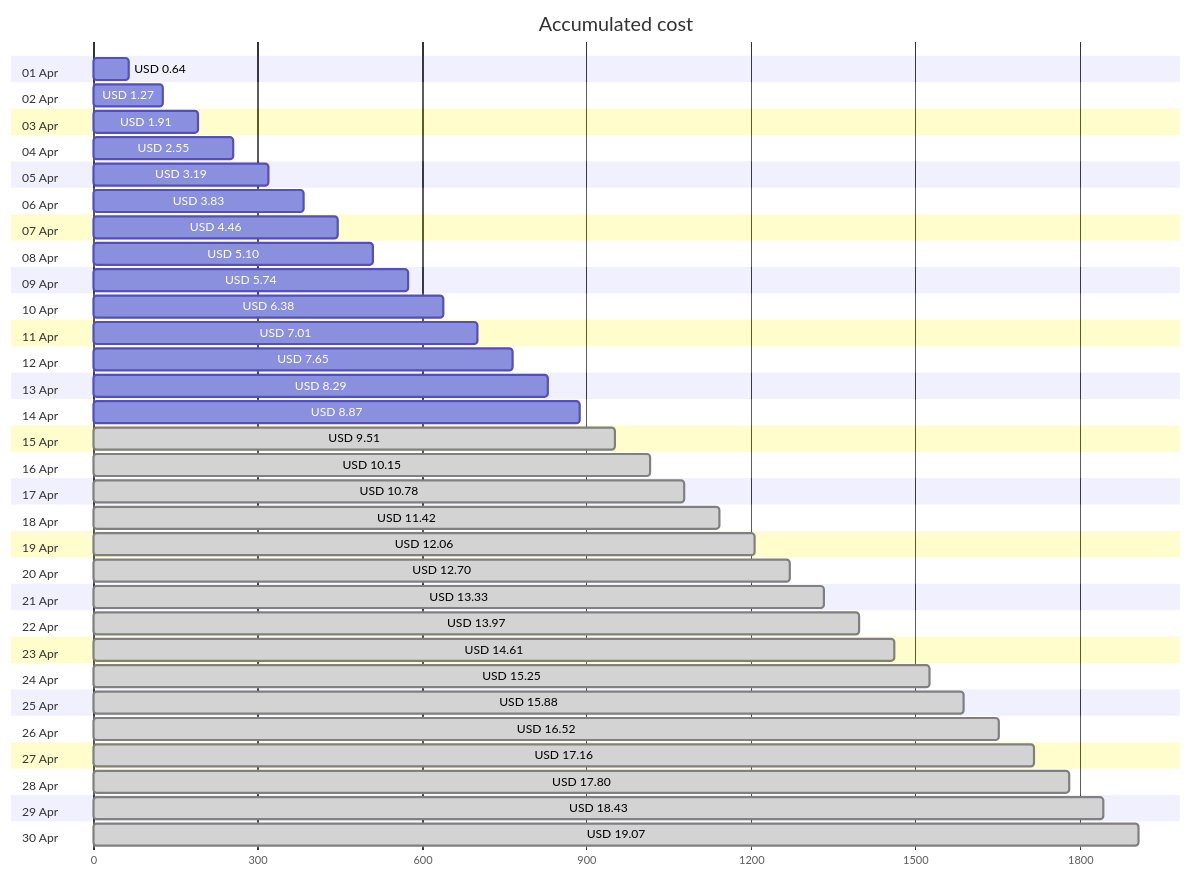
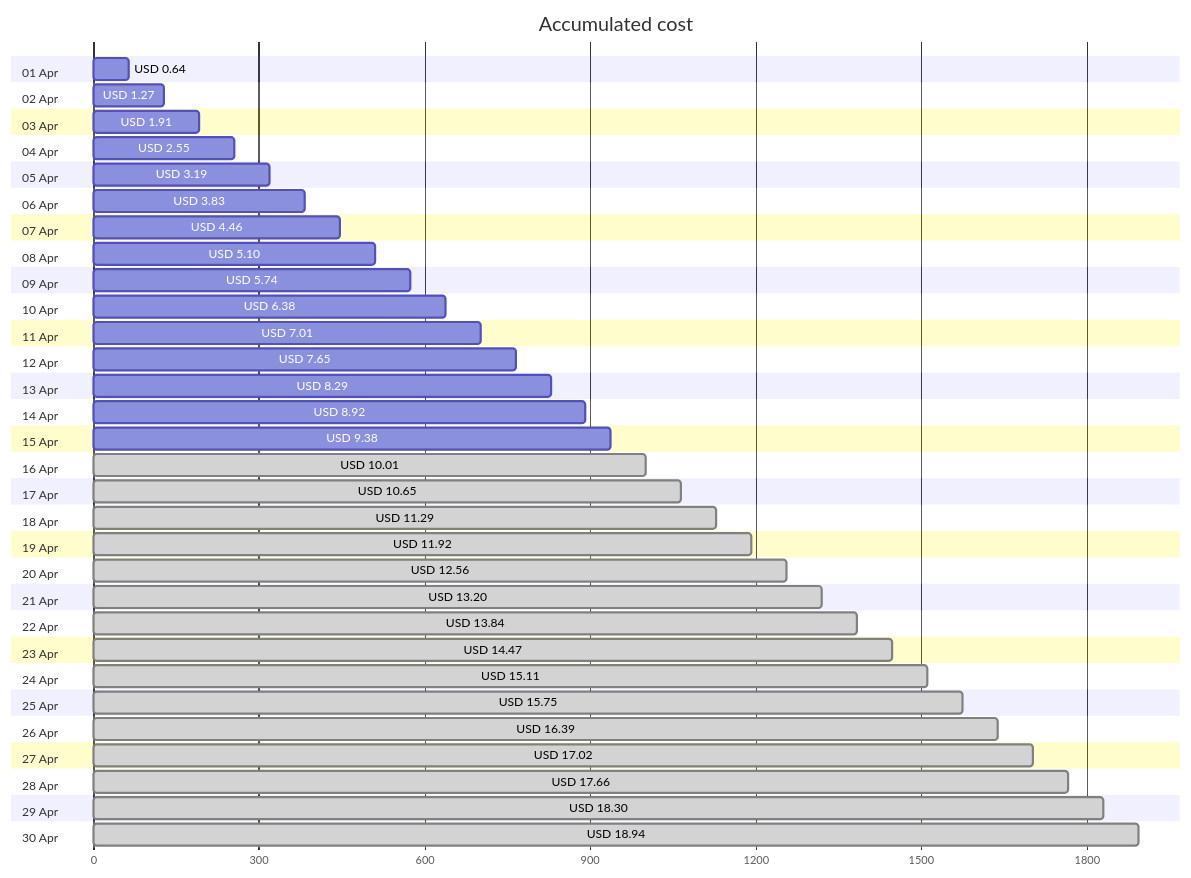
One commit to jpfulton/azure-personal-reports changed the first of 4 diagrams in cost-reports/accumulated-cost.md. Above: the diagram before and after it, drawn with Mermaid. The commit also changed other lines of this file and 4 other files, not shown here.

````diff
--- a/cost-reports/accumulated-cost.md
+++ b/cost-reports/accumulated-cost.md
@@ -20,66 +20,66 @@
 ```mermaid
 gantt
    title Accumulated cost
    dateFormat  X
    axisFormat %s
    section 01 Apr
    USD 0.64 :0, 64
    section 02 Apr
    USD 1.27 :0, 127
    section 03 Apr
    USD 1.91 :0, 191
    section 04 Apr
    USD 2.55 :0, 255
    section 05 Apr
    USD 3.19 :0, 319
    section 06 Apr
    USD 3.83 :0, 383
    section 07 Apr
    USD 4.46 :0, 446
    section 08 Apr
    USD 5.10 :0, 510
    section 09 Apr
    USD 5.74 :0, 574
    section 10 Apr
    USD 6.38 :0, 638
    section 11 Apr
    USD 7.01 :0, 701
    section 12 Apr
    USD 7.65 :0, 765
    section 13 Apr
    USD 8.29 :0, 829
    section 14 Apr
-   USD 8.87 :0, 887
+   USD 8.92 :0, 892
    section 15 Apr
-   USD 9.51 : done, 0, 951
+   USD 9.38 :0, 938
    section 16 Apr
-   USD 10.15 : done, 0, 1015
+   USD 10.01 : done, 0, 1001
    section 17 Apr
-   USD 10.78 : done, 0, 1078
+   USD 10.65 : done, 0, 1065
    section 18 Apr
-   USD 11.42 : done, 0, 1142
+   USD 11.29 : done, 0, 1129
    section 19 Apr
-   USD 12.06 : done, 0, 1206
+   USD 11.92 : done, 0, 1192
    section 20 Apr
-   USD 12.70 : done, 0, 1270
+   USD 12.56 : done, 0, 1256
    section 21 Apr
-   USD 13.33 : done, 0, 1333
+   USD 13.20 : done, 0, 1320
    section 22 Apr
-   USD 13.97 : done, 0, 1397
+   USD 13.84 : done, 0, 1384
    section 23 Apr
-   USD 14.61 : done, 0, 1461
+   USD 14.47 : done, 0, 1447
    section 24 Apr
-   USD 15.25 : done, 0, 1525
+   USD 15.11 : done, 0, 1511
    section 25 Apr
-   USD 15.88 : done, 0, 1588
+   USD 15.75 : done, 0, 1575
    section 26 Apr
-   USD 16.52 : done, 0, 1652
+   USD 16.39 : done, 0, 1639
    section 27 Apr
-   USD 17.16 : done, 0, 1716
+   USD 17.02 : done, 0, 1702
    section 28 Apr
-   USD 17.80 : done, 0, 1780
+   USD 17.66 : done, 0, 1766
    section 29 Apr
-   USD 18.43 : done, 0, 1843
+   USD 18.30 : done, 0, 1830
    section 30 Apr
-   USD 19.07 : done, 0, 1907
+   USD 18.94 : done, 0, 1894
 ```
````
